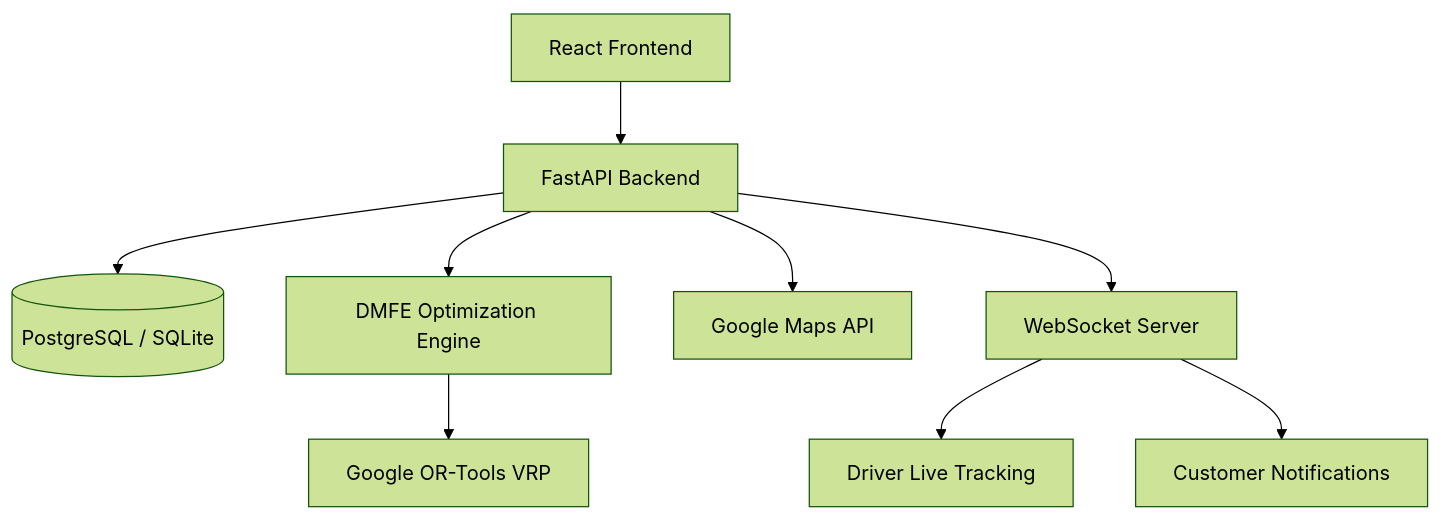
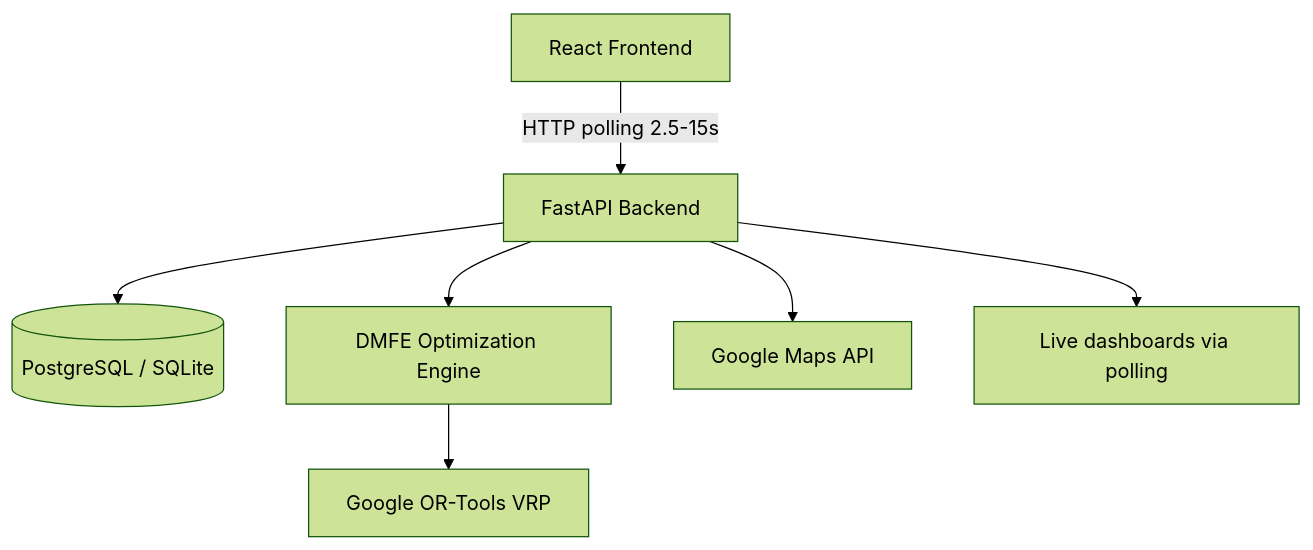
Before and after one commit to Sivamah/finalyr-project: the diagram in README.md, drawn with Mermaid (forest theme). The commit also changed other lines of this file and 140 other files, not shown here.

````diff
--- a/README.md
+++ b/README.md
@@ -19,11 +19,9 @@
 ```mermaid
 graph TD
-    Client[React Frontend] --> API[FastAPI Backend]
+    Client[React Frontend] -->|HTTP polling 2.5-15s| API[FastAPI Backend]
     API --> DB[(PostgreSQL / SQLite)]
     API --> DMFE[DMFE Optimization Engine]
     DMFE --> ORTools[Google OR-Tools VRP]
     API --> Maps[Google Maps API]
-    API --> WS[WebSocket Server]
-    WS --> DriverApp[Driver Live Tracking]
-    WS --> CustApp[Customer Notifications]
+    API --> Live[Live dashboards via polling]
 ```
````
